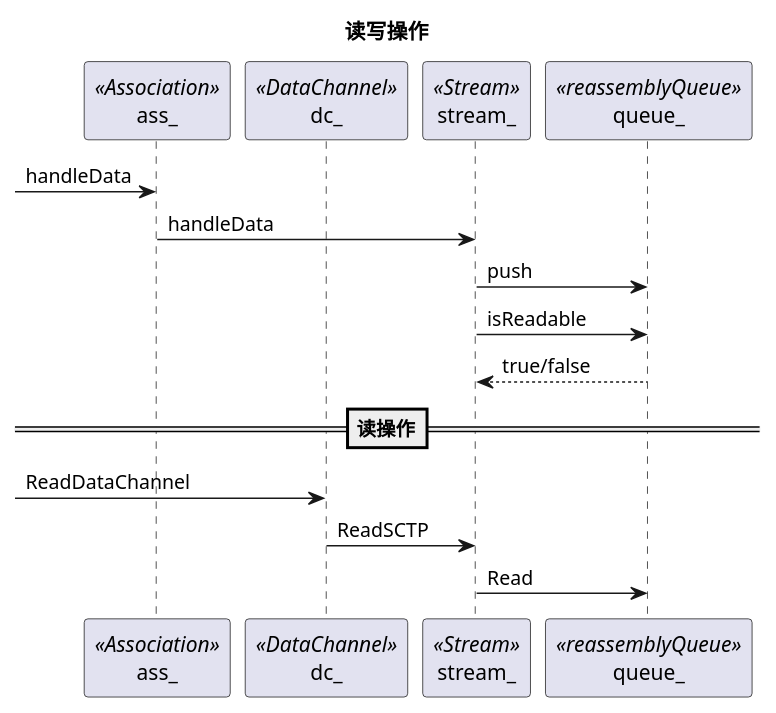
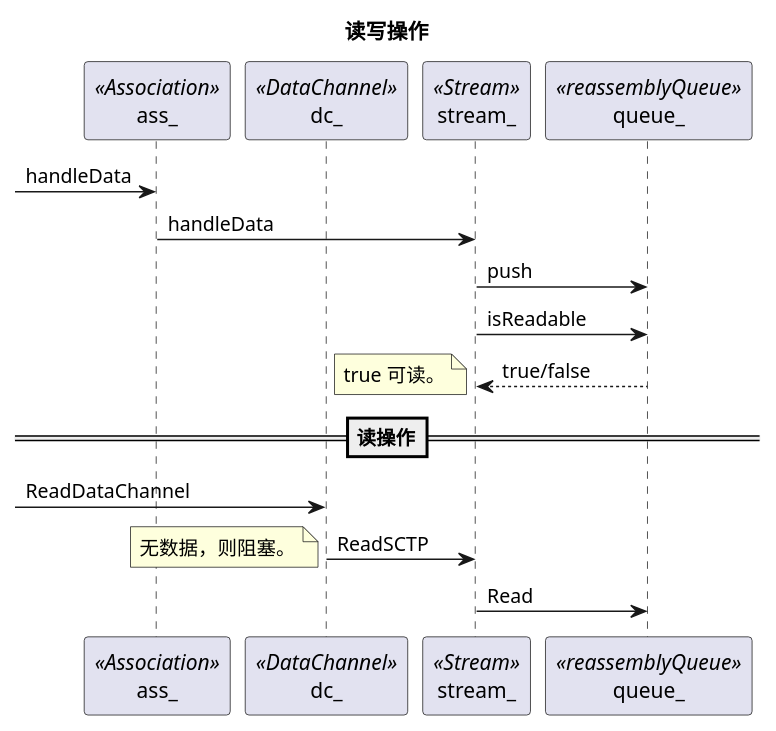
The second of 2 diagrams in pion/DataChannel.md (mingxin505/webrtcNote), drawn with PlantUML before and after one commit. The commit also changed other lines of this file and 2 other files, not shown here.

````diff
--- a/pion/DataChannel.md
+++ b/pion/DataChannel.md
@@ -14,17 +16,19 @@
 ```plantuml
 participant ass_  as  assoc <<Association>>
 participant dc_ as dc <<DataChannel>>
 participant stream_ as str <<Stream>>
 participant queue_ as queue <<reassemblyQueue>>
 title "读写操作“
 
 [-> assoc : handleData
 assoc -> str : handleData
 str -> queue : push
 str -> queue : isReadable
 return true/false
+note left: true 可读。
 ==读操作==
 [-> dc : ReadDataChannel
 dc -> str : ReadSCTP
+note left: 无数据，则阻塞。
 str -> queue : Read
 ```
````
